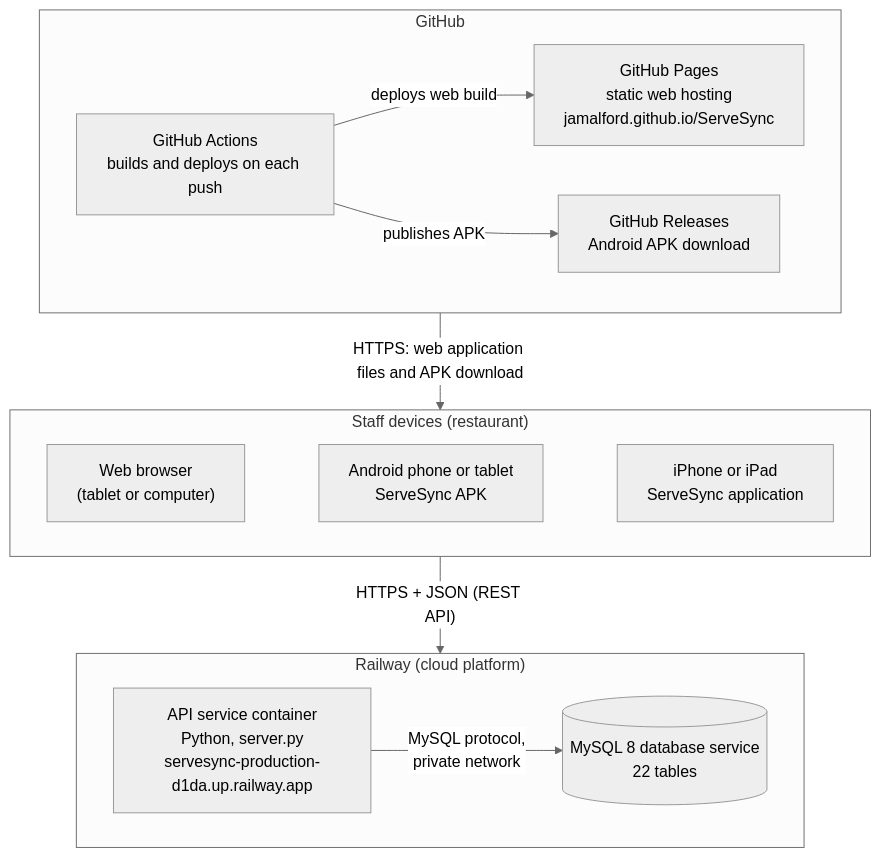
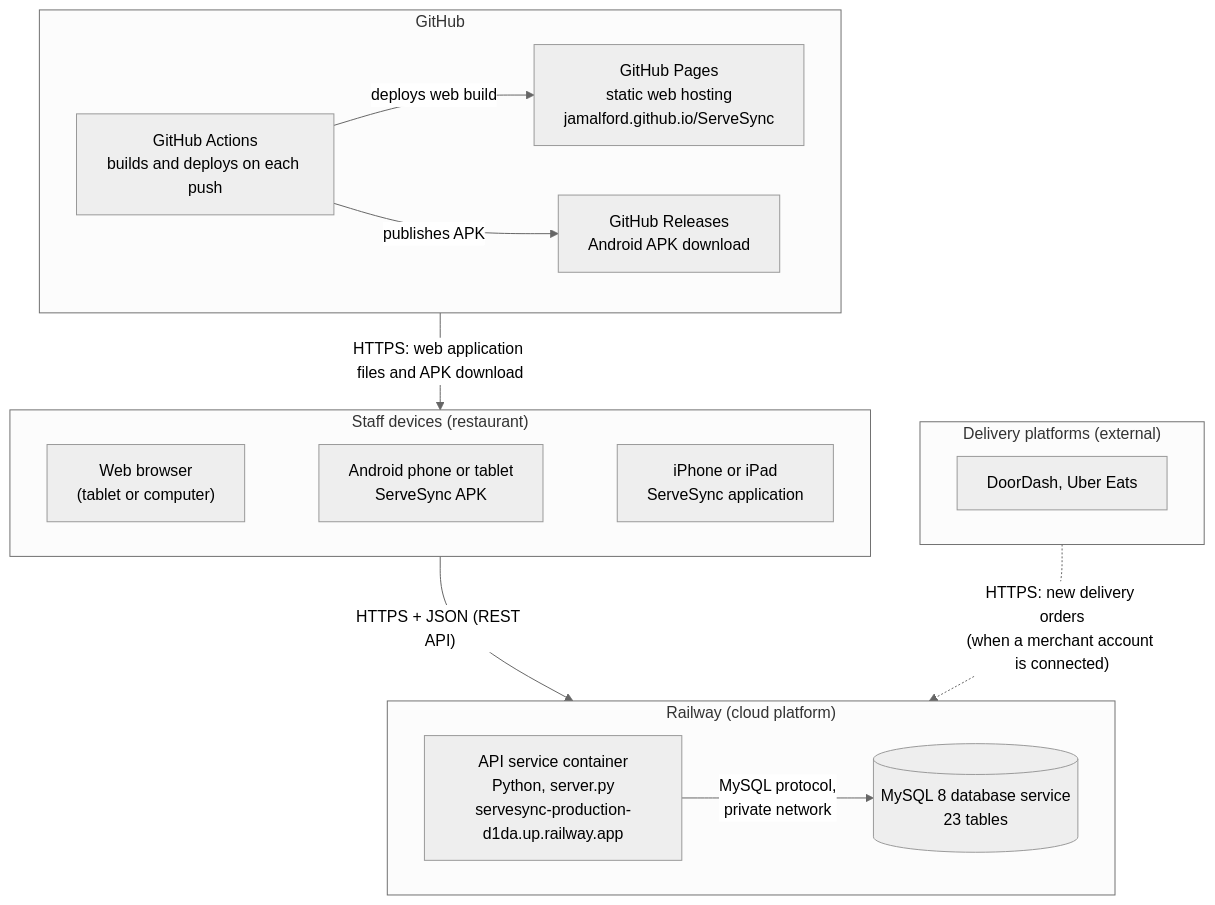
Before and after one commit to JamalFord/ServeSync: the fifth of 5 diagrams in docs/sprint4/02-testing-architecture-sections-10-11.md, drawn with Mermaid (neutral theme). The commit also changed other lines of this file and 27 other files, not shown here.

````diff
--- a/docs/sprint4/02-testing-architecture-sections-10-11.md
+++ b/docs/sprint4/02-testing-architecture-sections-10-11.md
@@ -534,26 +539,31 @@
 ```mermaid
 flowchart TB
     subgraph GH["GitHub"]
         direction LR
         ACT["GitHub Actions<br/>builds and deploys on each push"]
         PAGES["GitHub Pages<br/>static web hosting<br/>jamalford.github.io/ServeSync"]
         REL["GitHub Releases<br/>Android APK download"]
         ACT -- "deploys web build" --> PAGES
         ACT -- "publishes APK" --> REL
     end
     subgraph DEV["Staff devices (restaurant)"]
         direction LR
         BR["Web browser<br/>(tablet or computer)"]
         AND["Android phone or tablet<br/>ServeSync APK"]
         IOS["iPhone or iPad<br/>ServeSync application"]
         BR ~~~ AND ~~~ IOS
     end
     subgraph RW["Railway (cloud platform)"]
         direction LR
         APISVC["API service container<br/>Python, server.py<br/>servesync-production-d1da.up.railway.app"]
-        MYSQL[("MySQL 8 database service<br/>22 tables")]
+        MYSQL[("MySQL 8 database service<br/>23 tables")]
         APISVC -- "MySQL protocol,<br/>private network" --> MYSQL
     end
     GH -- "HTTPS: web application files and APK download" --> DEV
+    subgraph EXT["Delivery platforms (external)"]
+        DP["DoorDash, Uber Eats"]
+    end
+
     DEV -- "HTTPS + JSON (REST API)" --> RW
+    EXT -. "HTTPS: new delivery orders<br/>(when a merchant account is connected)" .-> RW
 ```
````
